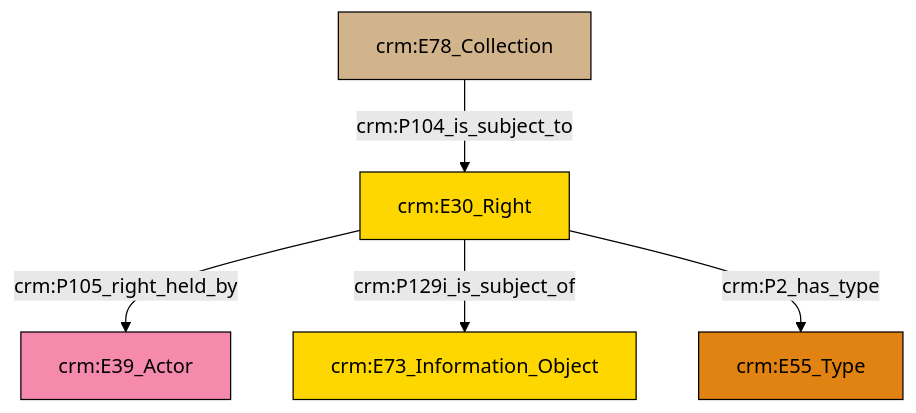
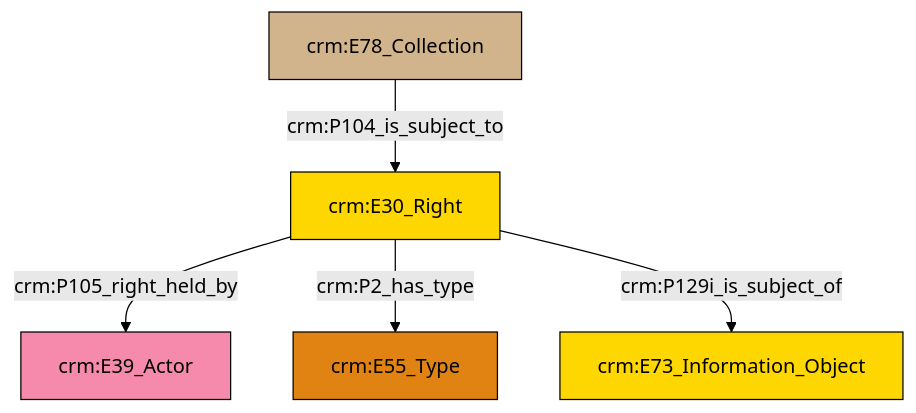
Before and after one commit to swiss-art-research-net/docs.swissartresearch: the diagram in et/archivalCSV/ttl/mmd/archival_rights.ttl.mmd, drawn with Mermaid (forest theme). The commit also changed 177 other files, not shown here.

```diff
--- a/et/archivalCSV/ttl/mmd/archival_rights.ttl.mmd
+++ b/et/archivalCSV/ttl/mmd/archival_rights.ttl.mmd
@@ -1,19 +1,19 @@
 graph TD
 classDef Literal fill:#f2f2f2,stroke:#000000;
 classDef CRM_Entity fill:#FFFFFF,stroke:#000000;
 classDef Temporal_Entity fill:#00C9E6, stroke:#000000;
 classDef Type fill:#E18312, stroke:#000000;
 classDef Time-Span fill:#2C9C91, stroke:#000000;
 classDef Appellation fill:#FFEB7F, stroke:#000000;
 classDef Place fill:#008836, stroke:#000000;
 classDef Persistent_Item fill:#B266B2, stroke:#000000;
 classDef Conceptual_Object fill:#FFD700, stroke:#000000;
 classDef Physical_Thing fill:#D2B48C, stroke:#000000;
 classDef Actor fill:#f58aad, stroke:#000000;
 classDef PC_Classes fill:#4ce600, stroke:#000000;
 classDef Multi fill:#cccccc,stroke:#000000;
 
-4["crm:E78_Collection"]:::Physical_Thing -->|crm:P104_is_subject_to| 2["crm:E30_Right"]:::Conceptual_Object
-2["crm:E30_Right"]:::Conceptual_Object -->|crm:P105_right_held_by| 0["crm:E39_Actor"]:::Actor
-2["crm:E30_Right"]:::Conceptual_Object -->|crm:P129i_is_subject_of| 8["crm:E73_Information_Object"]:::Conceptual_Object
-2["crm:E30_Right"]:::Conceptual_Object -->|crm:P2_has_type| 6["crm:E55_Type"]:::Type
+2["crm:E30_Right"]:::Conceptual_Object -->|crm:P105_right_held_by| 8["crm:E39_Actor"]:::Actor
+2["crm:E30_Right"]:::Conceptual_Object -->|crm:P2_has_type| 4["crm:E55_Type"]:::Type
+0["crm:E78_Collection"]:::Physical_Thing -->|crm:P104_is_subject_to| 2["crm:E30_Right"]:::Conceptual_Object
+2["crm:E30_Right"]:::Conceptual_Object -->|crm:P129i_is_subject_of| 6["crm:E73_Information_Object"]:::Conceptual_Object
```
